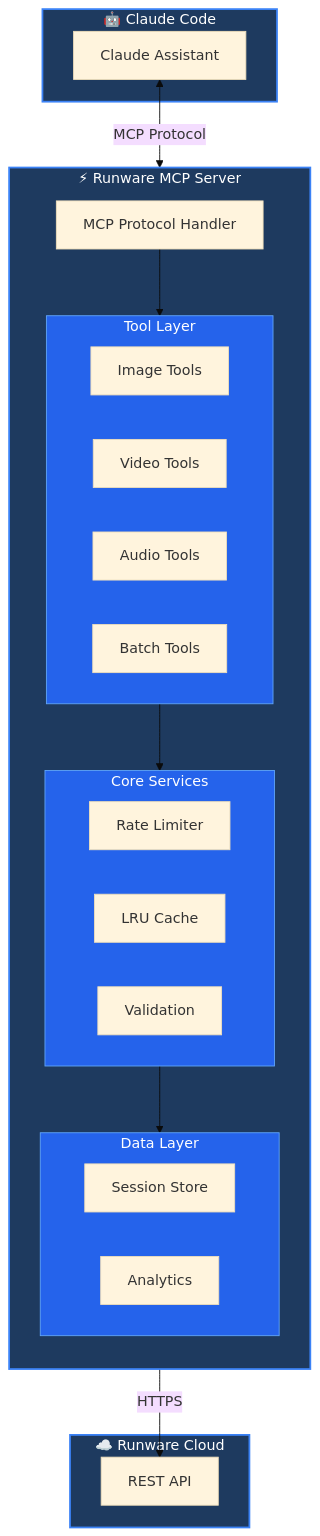
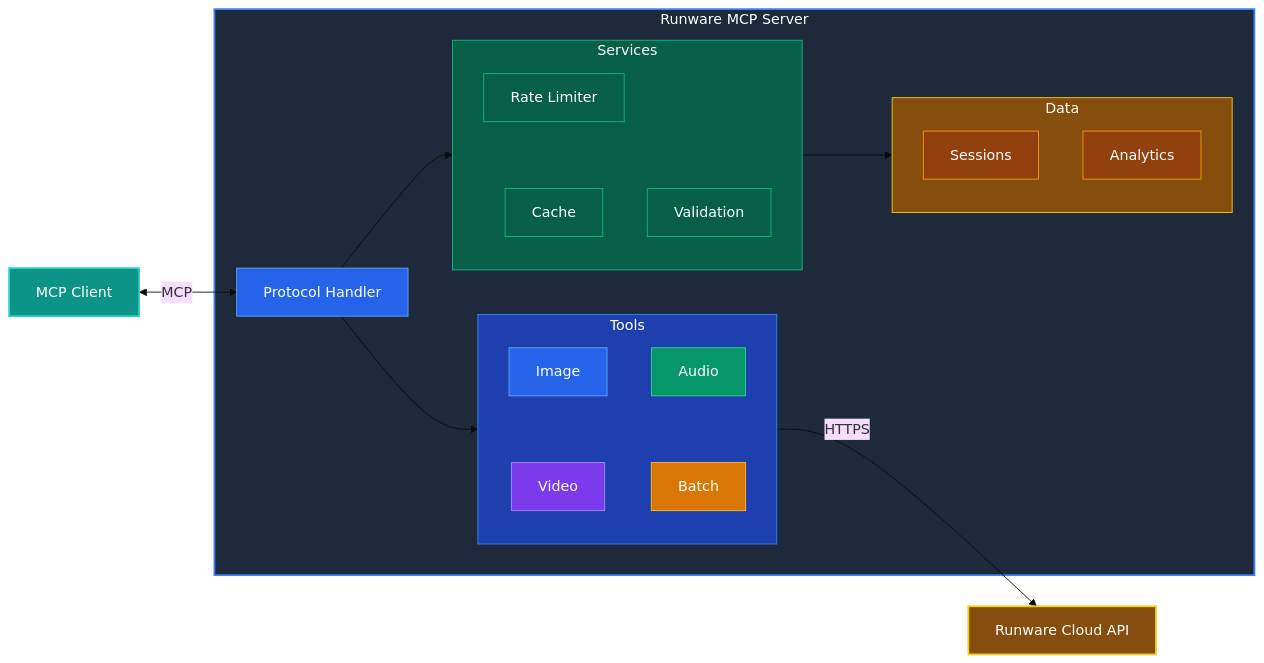
Before and after one commit to ul0gic/runware-mcp: the third of 3 diagrams in README.md, drawn with Mermaid (base theme). The commit also changed other lines of this file and 10 other files, not shown here.

First line of the commit message:
refactor: make project client-agnostic, redesign README diagrams

````diff
--- a/README.md
+++ b/README.md
@@ -268,50 +264,47 @@
 ```mermaid
-flowchart TB
-    subgraph Claude["🤖 Claude Code"]
-        CC["Claude Assistant"]
-    end
+flowchart LR
+    Client["MCP Client"] <-->|"MCP"| Handler
 
-    subgraph MCP["⚡ Runware MCP Server"]
-        direction TB
-        Handler["MCP Protocol Handler"]
+    subgraph Server["Runware MCP Server"]
+        Handler["Protocol Handler"]
+        Handler --> Tools & Core
+        Core --> Data
 
-        subgraph Tools["Tool Layer"]
-            direction LR
-            IMG["Image Tools"]
-            VID["Video Tools"]
-            AUD["Audio Tools"]
-            BATCH["Batch Tools"]
+        subgraph Tools["Tools"]
+            direction TB
+            IMG["Image"] ~~~ VID["Video"]
+            AUD["Audio"] ~~~ BATCH["Batch"]
         end
 
-        subgraph Core["Core Services"]
-            direction LR
-            RL["Rate Limiter"]
-            Cache["LRU Cache"]
+        subgraph Core["Services"]
+            direction TB
+            RL["Rate Limiter"] ~~~ Cache["Cache"]
             Val["Validation"]
         end
 
-        subgraph Data["Data Layer"]
-            direction LR
-            Session["Session Store"]
+        subgraph Data["Data"]
+            direction TB
+            Session["Sessions"]
             Analytics["Analytics"]
         end
-
-        Handler --> Tools
-        Tools --> Core
-        Core --> Data
     end
 
-    subgraph Runware["☁️ Runware Cloud"]
-        API["REST API"]
-    end
+    Tools -->|"HTTPS"| API["Runware Cloud API"]
 
-    CC <-->|"MCP Protocol"| Handler
-    Tools -->|"HTTPS"| API
-
-    style Claude fill:#1e3a5f,stroke:#3b82f6,stroke-width:2px,color:#fff
-    style MCP fill:#1e3a5f,stroke:#3b82f6,stroke-width:2px,color:#fff
-    style Runware fill:#1e3a5f,stroke:#3b82f6,stroke-width:2px,color:#fff
-    style Tools fill:#2563eb,stroke:#60a5fa,color:#fff
-    style Core fill:#2563eb,stroke:#60a5fa,color:#fff
-    style Data fill:#2563eb,stroke:#60a5fa,color:#fff
+    style Client fill:#0d9488,stroke:#2dd4bf,stroke-width:2px,color:#fff
+    style Server fill:#1e293b,stroke:#3b82f6,stroke-width:2px,color:#fff
+    style Handler fill:#2563eb,stroke:#60a5fa,color:#fff
+    style Tools fill:#1e40af,stroke:#3b82f6,color:#fff
+    style Core fill:#065f46,stroke:#10b981,color:#fff
+    style Data fill:#854d0e,stroke:#facc15,color:#fff
+    style IMG fill:#2563eb,stroke:#60a5fa,color:#fff
+    style VID fill:#7c3aed,stroke:#a78bfa,color:#fff
+    style AUD fill:#059669,stroke:#34d399,color:#fff
+    style BATCH fill:#d97706,stroke:#fbbf24,color:#fff
+    style RL fill:#065f46,stroke:#10b981,color:#fff
+    style Cache fill:#065f46,stroke:#10b981,color:#fff
+    style Val fill:#065f46,stroke:#10b981,color:#fff
+    style Session fill:#92400e,stroke:#f59e0b,color:#fff
+    style Analytics fill:#92400e,stroke:#f59e0b,color:#fff
+    style API fill:#854d0e,stroke:#facc15,stroke-width:2px,color:#fff
 ```
````
